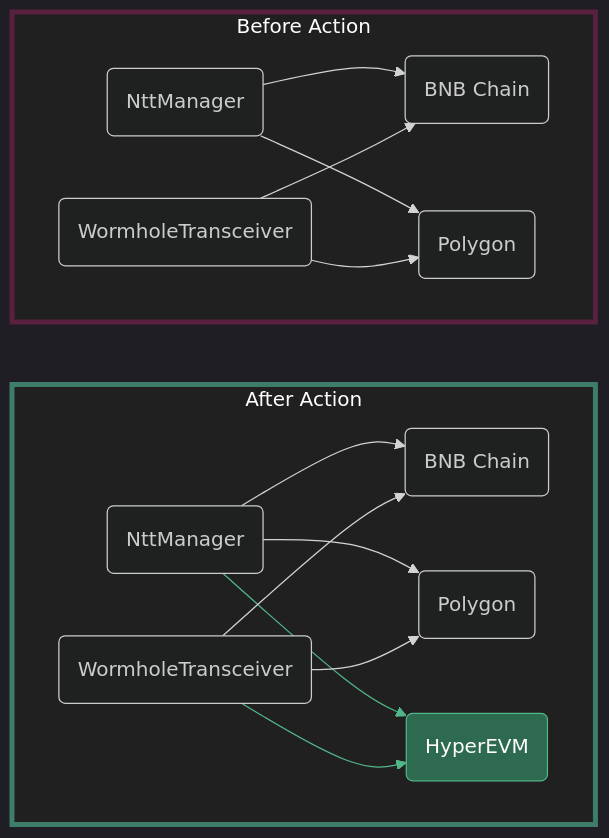
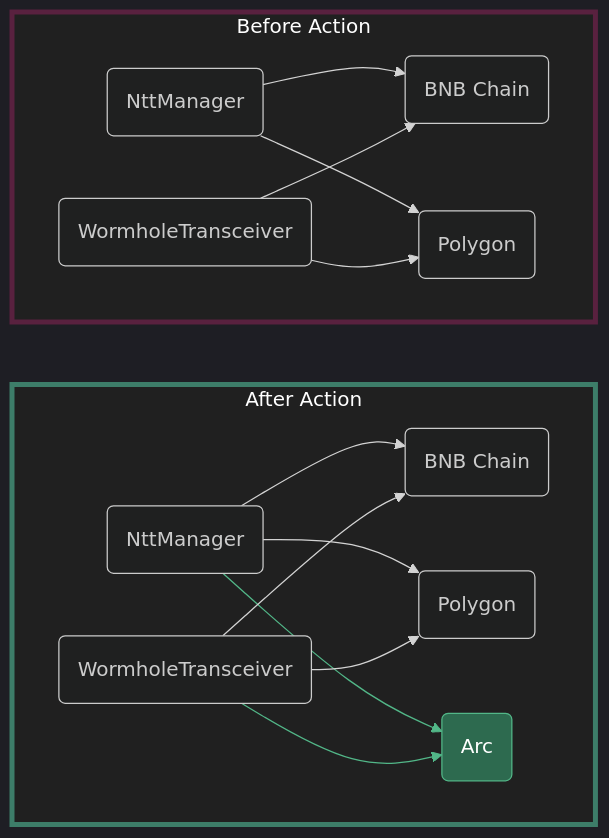
Before and after one commit to Uniswap/protocol-fees: the first of 2 diagrams in script/proposal-7/Index.md, drawn with Mermaid. The commit also changed other lines of this file and 5 other files, not shown here.

First line of the commit message:
refactor(proposal-7): retarget proposal 7 from HyperEVM to Arc

````diff
--- a/script/proposal-7/Index.md
+++ b/script/proposal-7/Index.md
@@ -201,52 +197,52 @@
 ```mermaid
 ---
 config:
     theme: 'dark'
 ---
 flowchart LR
     subgraph after[After Action]
         direction LR
 
         A_NttManager(NttManager)
         A_WormholeTransceiver(WormholeTransceiver)
         A_BNBChain(BNB Chain)
         A_Polygon(Polygon)
-        A_HyperEVM(HyperEVM)
+        A_Arc(Arc)
 
         A_NttManager --> A_BNBChain
         A_NttManager --> A_Polygon
-        A_NttManager --> A_HyperEVM
+        A_NttManager --> A_Arc
 
         A_WormholeTransceiver --> A_BNBChain
         A_WormholeTransceiver --> A_Polygon
-        A_WormholeTransceiver --> A_HyperEVM
+        A_WormholeTransceiver --> A_Arc
     end
 
     subgraph before[Before Action]
         direction LR
 
         B_NttManager(NttManager)
         B_WormholeTransceiver(WormholeTransceiver)
         B_BNBChain(BNB Chain)
         B_Polygon(Polygon)
 
         B_NttManager --> B_BNBChain
         B_NttManager --> B_Polygon
 
         B_WormholeTransceiver --> B_BNBChain
         B_WormholeTransceiver --> B_Polygon
     end
 
     before:::before
     after:::after
 
-    A_HyperEVM:::changed
+    A_Arc:::changed
 
     %% Link indices count across the whole diagram in declaration order.
-    %% 2 and 5 are the two new HyperEVM peer registrations.
+    %% 2 and 5 are the two new Arc peer registrations.
     linkStyle 2,5 stroke:#52b788
 
     classDef before fill:#202020,color:#fff,stroke:#59213f,stroke-width:4
     classDef after fill:#202020,color:#fff,stroke:#3d7d69,stroke-width:4
     classDef changed fill:#2d6a4f,stroke:#52b788,color:#fff
 ```
````
